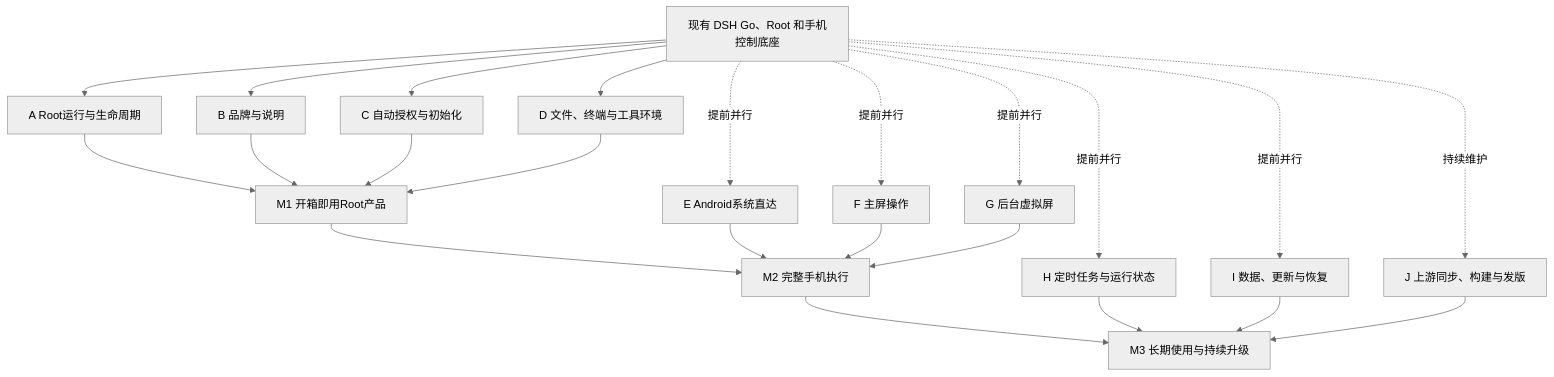
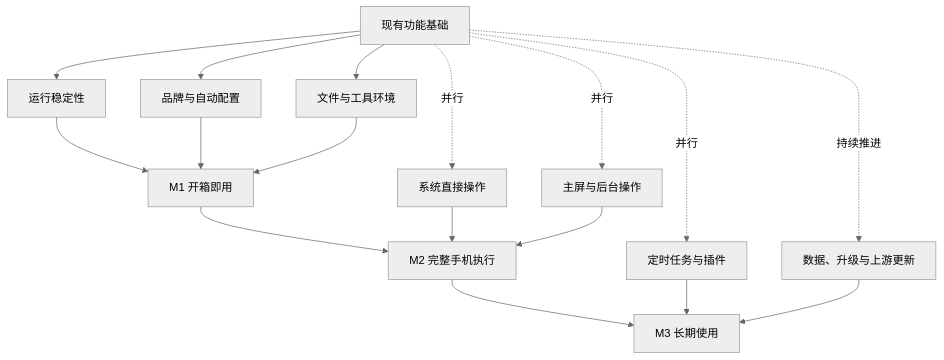
Before and after one commit to Rakanrkk/dsh-Su: the diagram in docs/dsh-su-roadmap.md, drawn with Mermaid (neutral theme). The commit also changed other lines of this file and 3 other files, not shown here.

Commit message:
docs: focus public roadmap on features and delivery

````diff
--- a/docs/dsh-su-roadmap.md
+++ b/docs/dsh-su-roadmap.md
@@ -49,26 +39,20 @@
 ```mermaid
 flowchart TB
-  S["现有 DSH Go、Root 和手机控制底座"]
-  S --> A["A Root运行与生命周期"]
-  S --> B["B 品牌与说明"]
-  S --> C["C 自动授权与初始化"]
-  S --> D["D 文件、终端与工具环境"]
-  A --> M1["M1 开箱即用Root产品"]
+  S["现有功能基础"]
+  S --> A["运行稳定性"]
+  S --> B["品牌与自动配置"]
+  S --> C["文件与工具环境"]
+  A --> M1["M1 开箱即用"]
   B --> M1
   C --> M1
-  D --> M1
-  S -.提前并行.-> E["E Android系统直达"]
-  S -.提前并行.-> F["F 主屏操作"]
-  S -.提前并行.-> G["G 后台虚拟屏"]
+  S -.并行.-> D["系统直接操作"]
+  S -.并行.-> E["主屏与后台操作"]
   M1 --> M2["M2 完整手机执行"]
+  D --> M2
   E --> M2
-  F --> M2
-  G --> M2
-  S -.提前并行.-> H["H 定时任务与运行状态"]
-  S -.提前并行.-> I["I 数据、更新与恢复"]
-  S -.持续维护.-> J["J 上游同步、构建与发版"]
-  M2 --> M3["M3 长期使用与持续升级"]
-  H --> M3
-  I --> M3
-  J --> M3
+  S -.并行.-> F["定时任务与插件"]
+  S -.持续推进.-> G["数据、升级与上游更新"]
+  M2 --> M3["M3 长期使用"]
+  F --> M3
+  G --> M3
 ```
````
